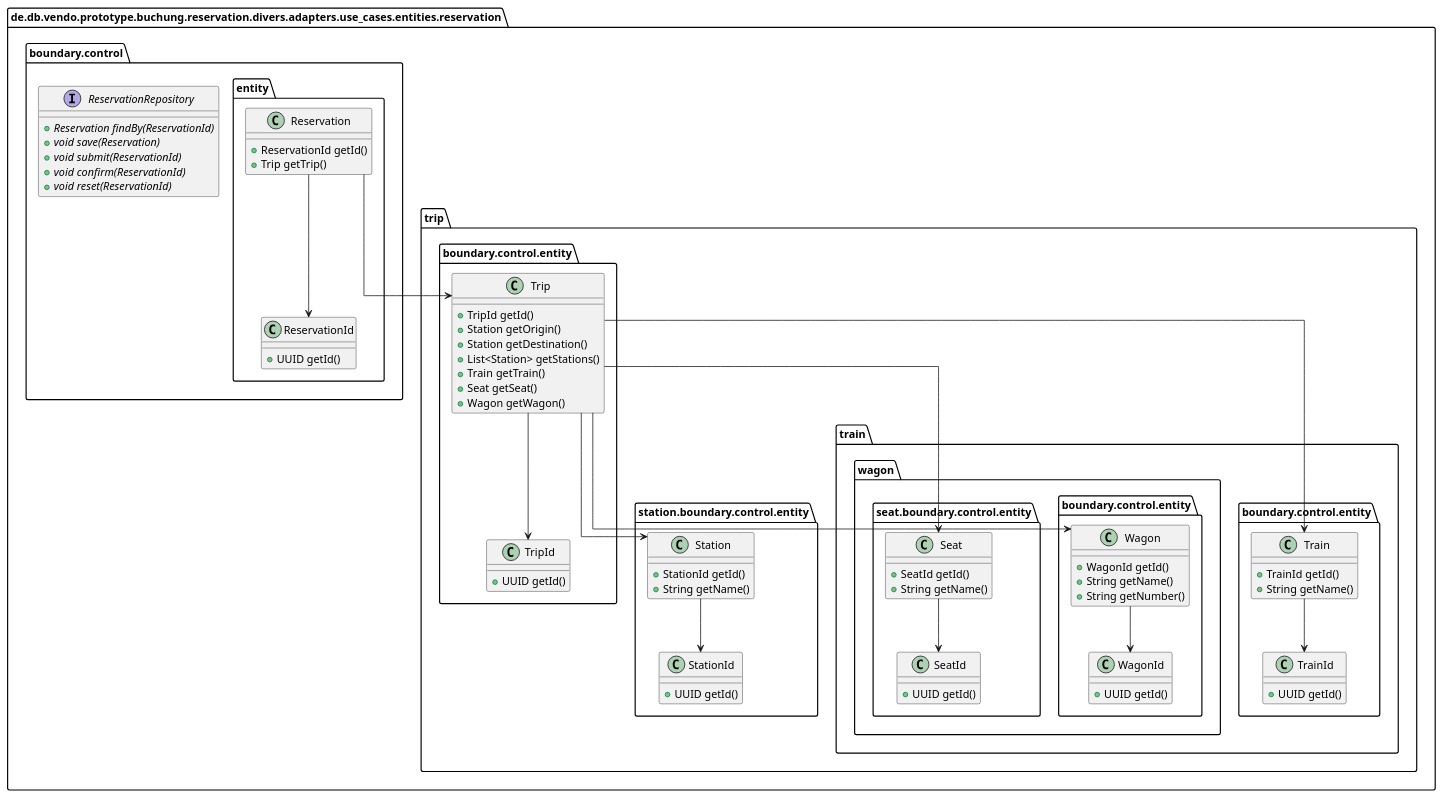
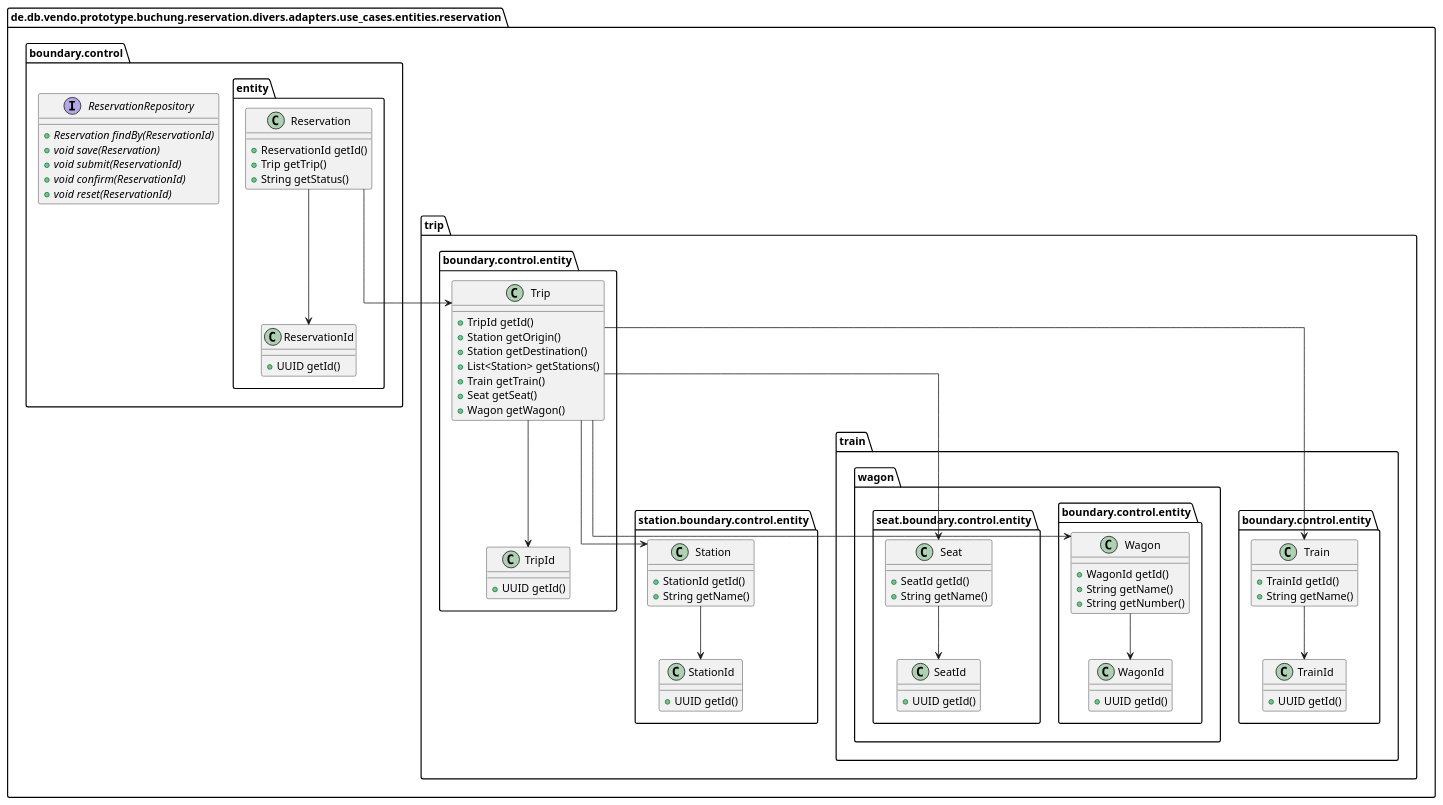
The diagram in doc/uml/puml/er-model.puml (punkratz312/reservation-proto), drawn with PlantUML before and after one commit. The commit also changed 13 other files, not shown here.

```diff
--- a/doc/uml/puml/er-model.puml
+++ b/doc/uml/puml/er-model.puml
@@ -1,72 +1,73 @@
 @startuml
 !pragma useIntermediatePackages false
 skinparam linetype ortho
 show stereotype
 
 interface "ReservationRepository" as de.db.vendo.prototype.buchung.reservation.divers.adapters.use_cases.entities.reservation.boundary.control.ReservationRepository {
   + {abstract}Reservation findBy(ReservationId)
   + {abstract}void save(Reservation)
   + {abstract}void submit(ReservationId)
   + {abstract}void confirm(ReservationId)
   + {abstract}void reset(ReservationId)
 }
 class "Reservation" as de.db.vendo.prototype.buchung.reservation.divers.adapters.use_cases.entities.reservation.boundary.control.entity.Reservation {
   +ReservationId getId()
   +Trip getTrip()
+  +String getStatus()
 }
 class "ReservationId" as de.db.vendo.prototype.buchung.reservation.divers.adapters.use_cases.entities.reservation.boundary.control.entity.ReservationId {
   +UUID getId()
 }
 class "Trip" as de.db.vendo.prototype.buchung.reservation.divers.adapters.use_cases.entities.reservation.trip.boundary.control.entity.Trip {
   +TripId getId()
   +Station getOrigin()
   +Station getDestination()
   +List<Station> getStations()
   +Train getTrain()
   +Seat getSeat()
   +Wagon getWagon()
 }
 class "TripId" as de.db.vendo.prototype.buchung.reservation.divers.adapters.use_cases.entities.reservation.trip.boundary.control.entity.TripId {
   +UUID getId()
 }
 class "Station" as de.db.vendo.prototype.buchung.reservation.divers.adapters.use_cases.entities.reservation.trip.station.boundary.control.entity.Station {
   +StationId getId()
   +String getName()
 }
 class "StationId" as de.db.vendo.prototype.buchung.reservation.divers.adapters.use_cases.entities.reservation.trip.station.boundary.control.entity.StationId {
   +UUID getId()
 }
 class "Train" as de.db.vendo.prototype.buchung.reservation.divers.adapters.use_cases.entities.reservation.trip.train.boundary.control.entity.Train {
   +TrainId getId()
   +String getName()
 }
 class "TrainId" as de.db.vendo.prototype.buchung.reservation.divers.adapters.use_cases.entities.reservation.trip.train.boundary.control.entity.TrainId {
   +UUID getId()
 }
 class "Wagon" as de.db.vendo.prototype.buchung.reservation.divers.adapters.use_cases.entities.reservation.trip.train.wagon.boundary.control.entity.Wagon {
   +WagonId getId()
   +String getName()
   +String getNumber()
 }
 class "WagonId" as de.db.vendo.prototype.buchung.reservation.divers.adapters.use_cases.entities.reservation.trip.train.wagon.boundary.control.entity.WagonId {
   +UUID getId()
 }
 class "Seat" as de.db.vendo.prototype.buchung.reservation.divers.adapters.use_cases.entities.reservation.trip.train.wagon.seat.boundary.control.entity.Seat {
   +SeatId getId()
   +String getName()
 }
 class "SeatId" as de.db.vendo.prototype.buchung.reservation.divers.adapters.use_cases.entities.reservation.trip.train.wagon.seat.boundary.control.entity.SeatId {
   +UUID getId()
 }
 de.db.vendo.prototype.buchung.reservation.divers.adapters.use_cases.entities.reservation.boundary.control.entity.Reservation --> de.db.vendo.prototype.buchung.reservation.divers.adapters.use_cases.entities.reservation.trip.boundary.control.entity.Trip
 de.db.vendo.prototype.buchung.reservation.divers.adapters.use_cases.entities.reservation.boundary.control.entity.Reservation --> de.db.vendo.prototype.buchung.reservation.divers.adapters.use_cases.entities.reservation.boundary.control.entity.ReservationId
 de.db.vendo.prototype.buchung.reservation.divers.adapters.use_cases.entities.reservation.trip.boundary.control.entity.Trip --> de.db.vendo.prototype.buchung.reservation.divers.adapters.use_cases.entities.reservation.trip.boundary.control.entity.TripId
 de.db.vendo.prototype.buchung.reservation.divers.adapters.use_cases.entities.reservation.trip.boundary.control.entity.Trip --> de.db.vendo.prototype.buchung.reservation.divers.adapters.use_cases.entities.reservation.trip.station.boundary.control.entity.Station
 de.db.vendo.prototype.buchung.reservation.divers.adapters.use_cases.entities.reservation.trip.boundary.control.entity.Trip --> de.db.vendo.prototype.buchung.reservation.divers.adapters.use_cases.entities.reservation.trip.train.wagon.seat.boundary.control.entity.Seat
 de.db.vendo.prototype.buchung.reservation.divers.adapters.use_cases.entities.reservation.trip.boundary.control.entity.Trip --> de.db.vendo.prototype.buchung.reservation.divers.adapters.use_cases.entities.reservation.trip.train.boundary.control.entity.Train
 de.db.vendo.prototype.buchung.reservation.divers.adapters.use_cases.entities.reservation.trip.boundary.control.entity.Trip --> de.db.vendo.prototype.buchung.reservation.divers.adapters.use_cases.entities.reservation.trip.train.wagon.boundary.control.entity.Wagon
 de.db.vendo.prototype.buchung.reservation.divers.adapters.use_cases.entities.reservation.trip.station.boundary.control.entity.Station --> de.db.vendo.prototype.buchung.reservation.divers.adapters.use_cases.entities.reservation.trip.station.boundary.control.entity.StationId
 de.db.vendo.prototype.buchung.reservation.divers.adapters.use_cases.entities.reservation.trip.train.boundary.control.entity.Train --> de.db.vendo.prototype.buchung.reservation.divers.adapters.use_cases.entities.reservation.trip.train.boundary.control.entity.TrainId
 de.db.vendo.prototype.buchung.reservation.divers.adapters.use_cases.entities.reservation.trip.train.wagon.boundary.control.entity.Wagon --> de.db.vendo.prototype.buchung.reservation.divers.adapters.use_cases.entities.reservation.trip.train.wagon.boundary.control.entity.WagonId
 de.db.vendo.prototype.buchung.reservation.divers.adapters.use_cases.entities.reservation.trip.train.wagon.seat.boundary.control.entity.Seat --> de.db.vendo.prototype.buchung.reservation.divers.adapters.use_cases.entities.reservation.trip.train.wagon.seat.boundary.control.entity.SeatId
 @enduml
```
